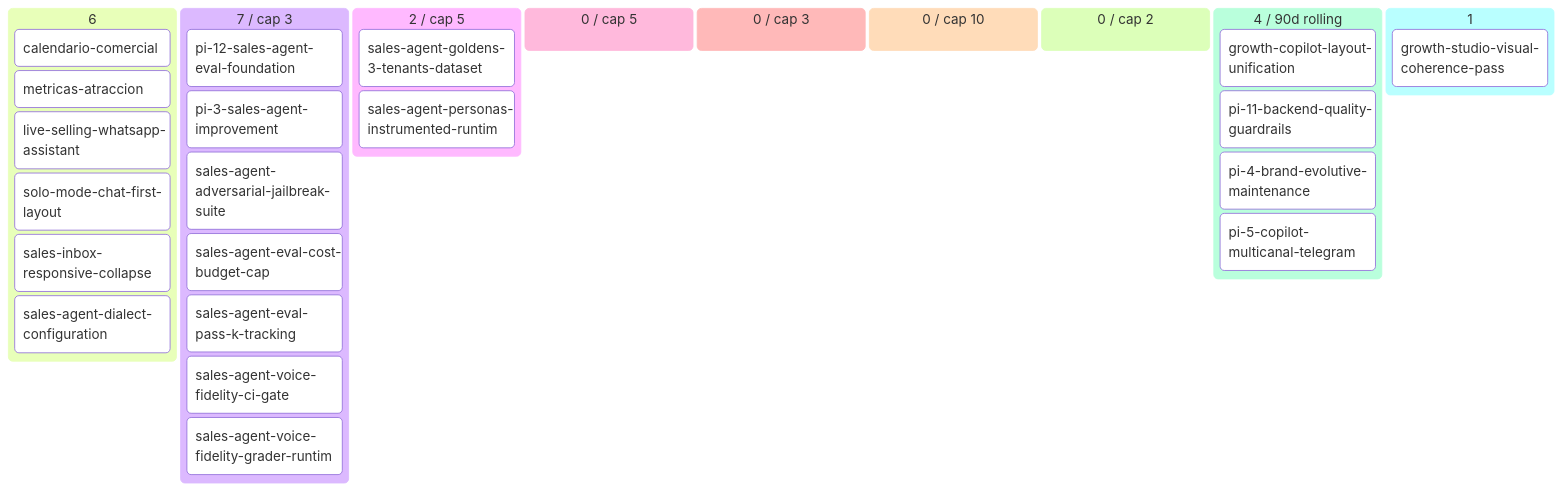
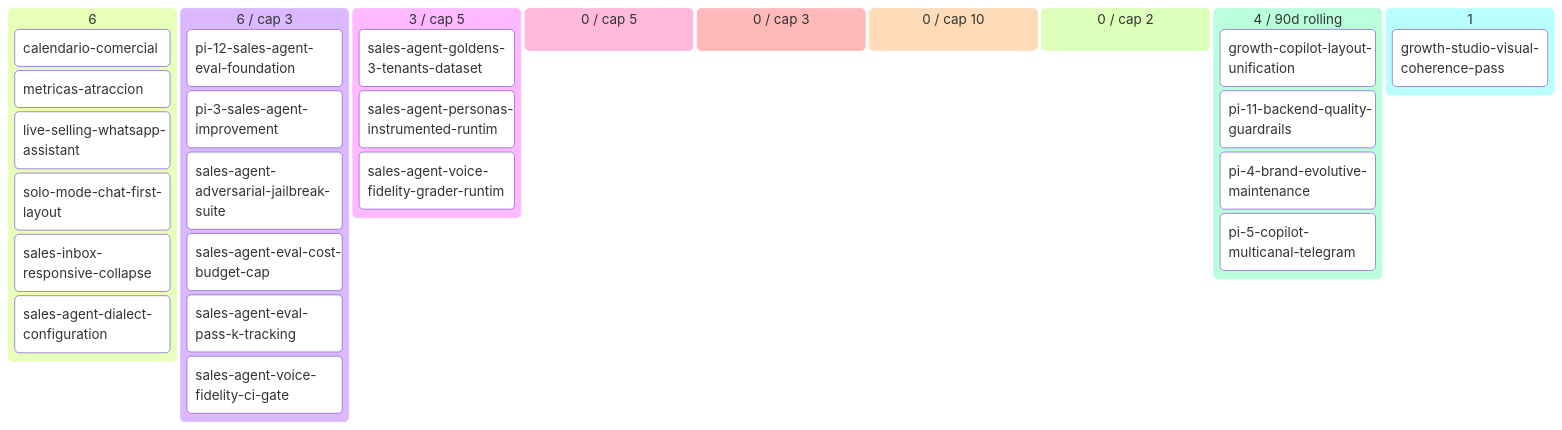
One commit to alpacapurpura/ap_sales_agent changed the diagram in docs/product/BACKLOG.md. Above: the diagram before and after it, drawn with Mermaid. The commit also changed other lines of this file and 4 other files, not shown here.

First line of the commit message:
docs(pi-12): close Story E voice-fidelity-grader-runtime → state=refined

````diff
--- a/docs/product/BACKLOG.md
+++ b/docs/product/BACKLOG.md
@@ -57,32 +57,32 @@
 ```mermaid
 kanban
   💡 Ideas (6)
     calendario-comercial[calendario-comercial]
     metricas-atraccion[metricas-atraccion]
     live-selling-whatsapp-assistan[live-selling-whatsapp-assistant]
     solo-mode-chat-first-layout[solo-mode-chat-first-layout]
     sales-inbox-responsive-collaps[sales-inbox-responsive-collapse]
     sales-agent-dialect-configurat[sales-agent-dialect-configuration]
-  🔬 Refining (7 / cap 3)
+  🔬 Refining (6 / cap 3)
     pi-12-sales-agent-eval-foundat[pi-12-sales-agent-eval-foundation]
     pi-3-sales-agent-improvement[pi-3-sales-agent-improvement]
     sales-agent-adversarial-jailbr[sales-agent-adversarial-jailbreak-suite]
     sales-agent-eval-cost-budget-c[sales-agent-eval-cost-budget-cap]
     sales-agent-eval-pass-k-tracki[sales-agent-eval-pass-k-tracking]
     sales-agent-voice-fidelity-ci-[sales-agent-voice-fidelity-ci-gate]
-    sales-agent-voice-fidelity-gra[sales-agent-voice-fidelity-grader-runtim]
-  ✅ Refined (2 / cap 5)
+  ✅ Refined (3 / cap 5)
     sales-agent-goldens-3-tenants-[sales-agent-goldens-3-tenants-dataset]
     sales-agent-personas-instrumen[sales-agent-personas-instrumented-runtim]
+    sales-agent-voice-fidelity-gra[sales-agent-voice-fidelity-grader-runtim]
   📦 Ready (0 / cap 5)
   🔨 Developing (0 / cap 3)
   🧪 Developed (0 / cap 10)
   🔍 Reviewing (0 / cap 2)
   ✅ Done (4 / 90d rolling)
     growth-copilot-layout-unificat[growth-copilot-layout-unification]
     pi-11-backend-quality-guardrai[pi-11-backend-quality-guardrails]
     pi-4-brand-evolutive-maintenan[pi-4-brand-evolutive-maintenance]
     pi-5-copilot-multicanal-telegr[pi-5-copilot-multicanal-telegram]
   🅿 Parked (1)
     growth-studio-visual-coherence[growth-studio-visual-coherence-pass]
 ```
````
